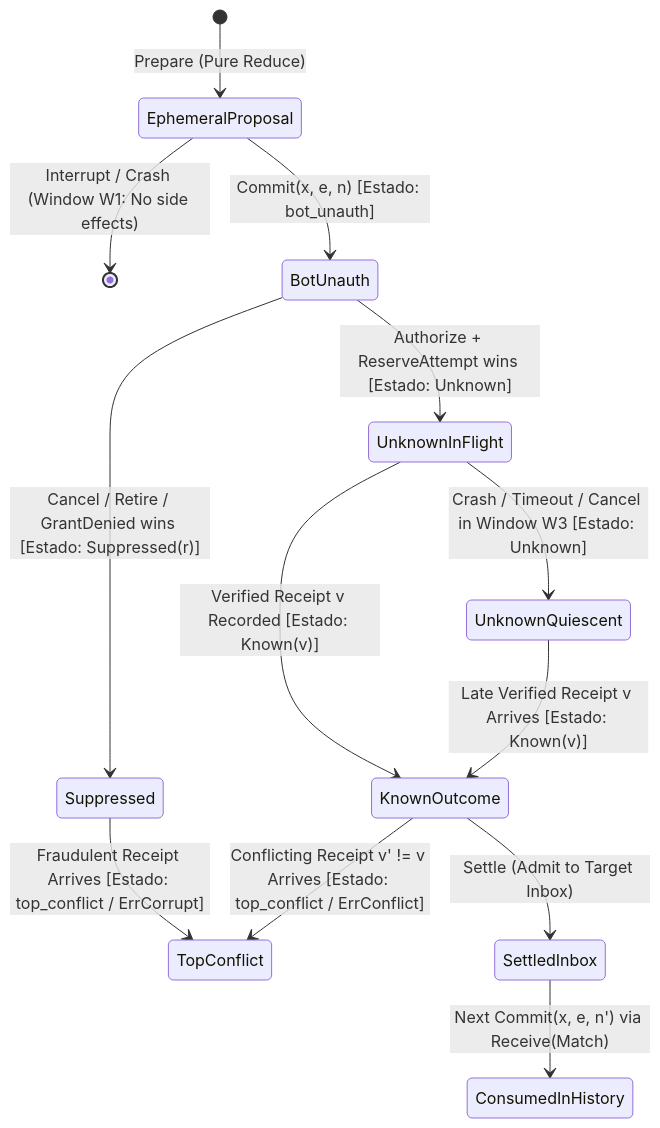
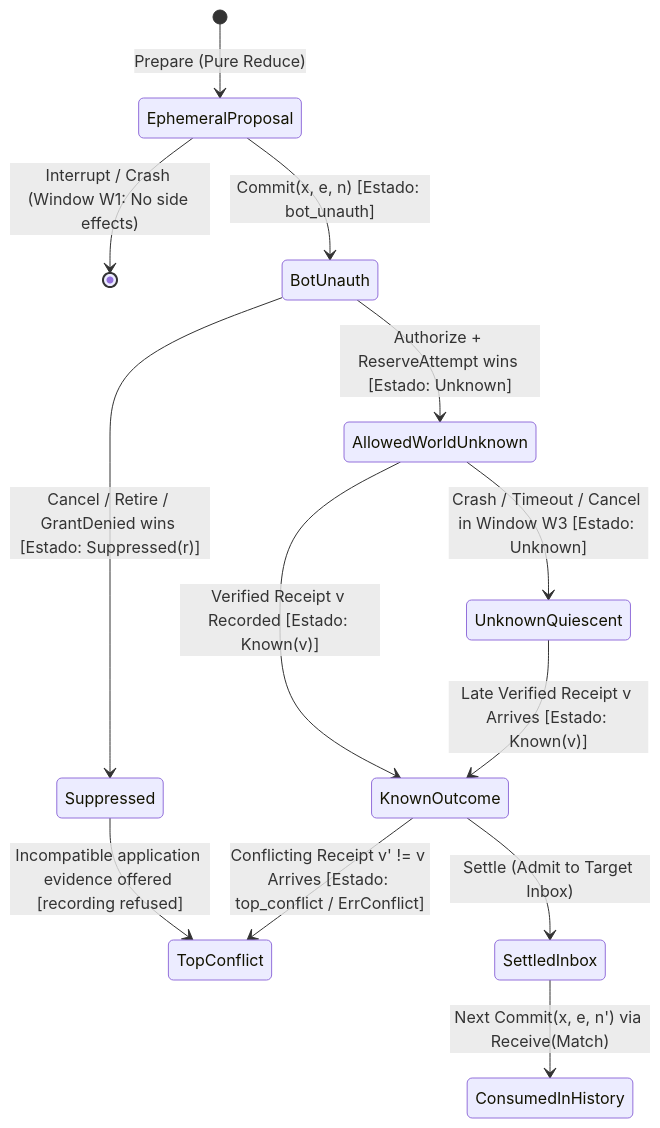
One commit to JakeFAU/alan changed the second of 2 diagrams in paper/alan-dissertation.md. Above: the diagram before and after it, drawn with Mermaid. The commit also changed other lines of this file and 2 other files, not shown here.

Commit message:
Narrow effect cancellation and recovery claims to qualified evidence

````diff
--- a/paper/alan-dissertation.md
+++ b/paper/alan-dissertation.md
@@ -656,15 +656,15 @@
 ```mermaid
 stateDiagram-v2
     [*] --> EphemeralProposal: Prepare (Pure Reduce)
     EphemeralProposal --> [*]: Interrupt / Crash (Window W1: No side effects)
     EphemeralProposal --> BotUnauth: Commit(x, e, n) [Estado: bot_unauth]
     BotUnauth --> Suppressed: Cancel / Retire / GrantDenied wins [Estado: Suppressed(r)]
-    BotUnauth --> UnknownInFlight: Authorize + ReserveAttempt wins [Estado: Unknown]
-    UnknownInFlight --> KnownOutcome: Verified Receipt v Recorded [Estado: Known(v)]
-    UnknownInFlight --> UnknownQuiescent: Crash / Timeout / Cancel in Window W3 [Estado: Unknown]
+    BotUnauth --> AllowedWorldUnknown: Authorize + ReserveAttempt wins [Estado: Unknown]
+    AllowedWorldUnknown --> KnownOutcome: Verified Receipt v Recorded [Estado: Known(v)]
+    AllowedWorldUnknown --> UnknownQuiescent: Crash / Timeout / Cancel in Window W3 [Estado: Unknown]
     UnknownQuiescent --> KnownOutcome: Late Verified Receipt v Arrives [Estado: Known(v)]
-    Suppressed --> TopConflict: Fraudulent Receipt Arrives [Estado: top_conflict / ErrCorrupt]
+    Suppressed --> TopConflict: Incompatible application evidence offered [recording refused]
     KnownOutcome --> TopConflict: Conflicting Receipt v' != v Arrives [Estado: top_conflict / ErrConflict]
     KnownOutcome --> SettledInbox: Settle (Admit to Target Inbox)
     SettledInbox --> ConsumedInHistory: Next Commit(x, e, n') via Receive(Match)
 ```
````
